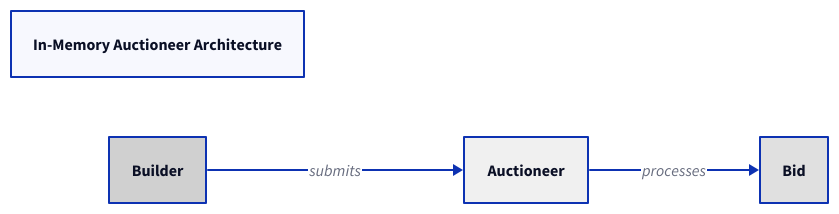
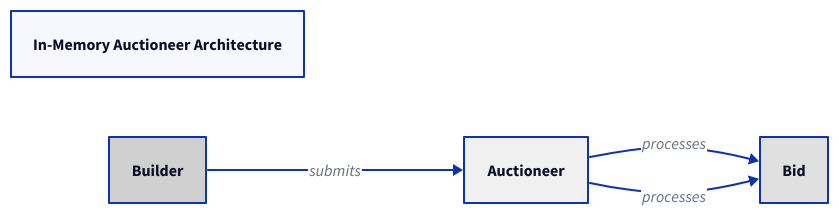
Before and after one commit to ironcrypto/inmemory-auctioneer: the diagram in architecture.d2, drawn with D2. The commit also changed 32 other files, not shown here.

```diff
--- a/architecture.d2
+++ b/architecture.d2
@@ -1,27 +1,29 @@
 direction: right
 
 title: In-Memory Auctioneer Architecture
 
 Auctioneer: {
   shape: rectangle
   style: {
     fill: "#f0f0f0"
+
   }
 }
 
 Bid: {
   shape: rectangle
   style: {
     fill: "#e0e0e0"
   }
 }
 
 Builder: {
   shape: rectangle
   style: {
     fill: "#d0d0d0"
   }
 }
 
 Builder -> Auctioneer: submits
 Auctioneer -> Bid: processes 
+Auctioneer -> Bid: processes 
```
